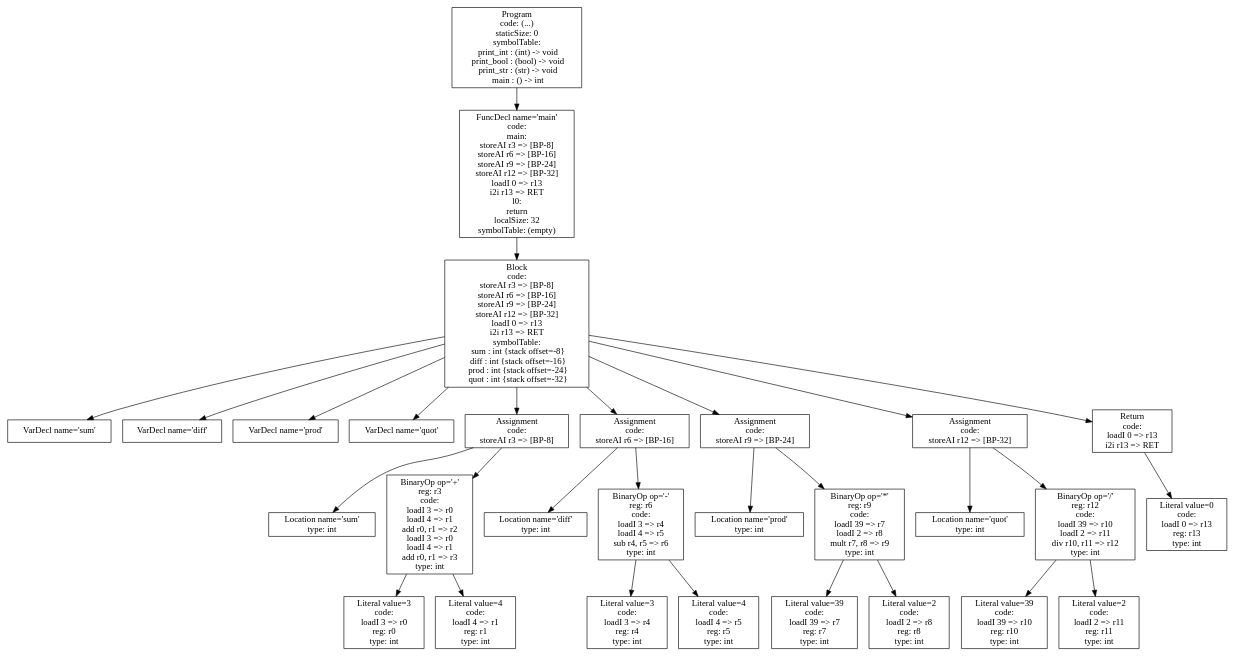
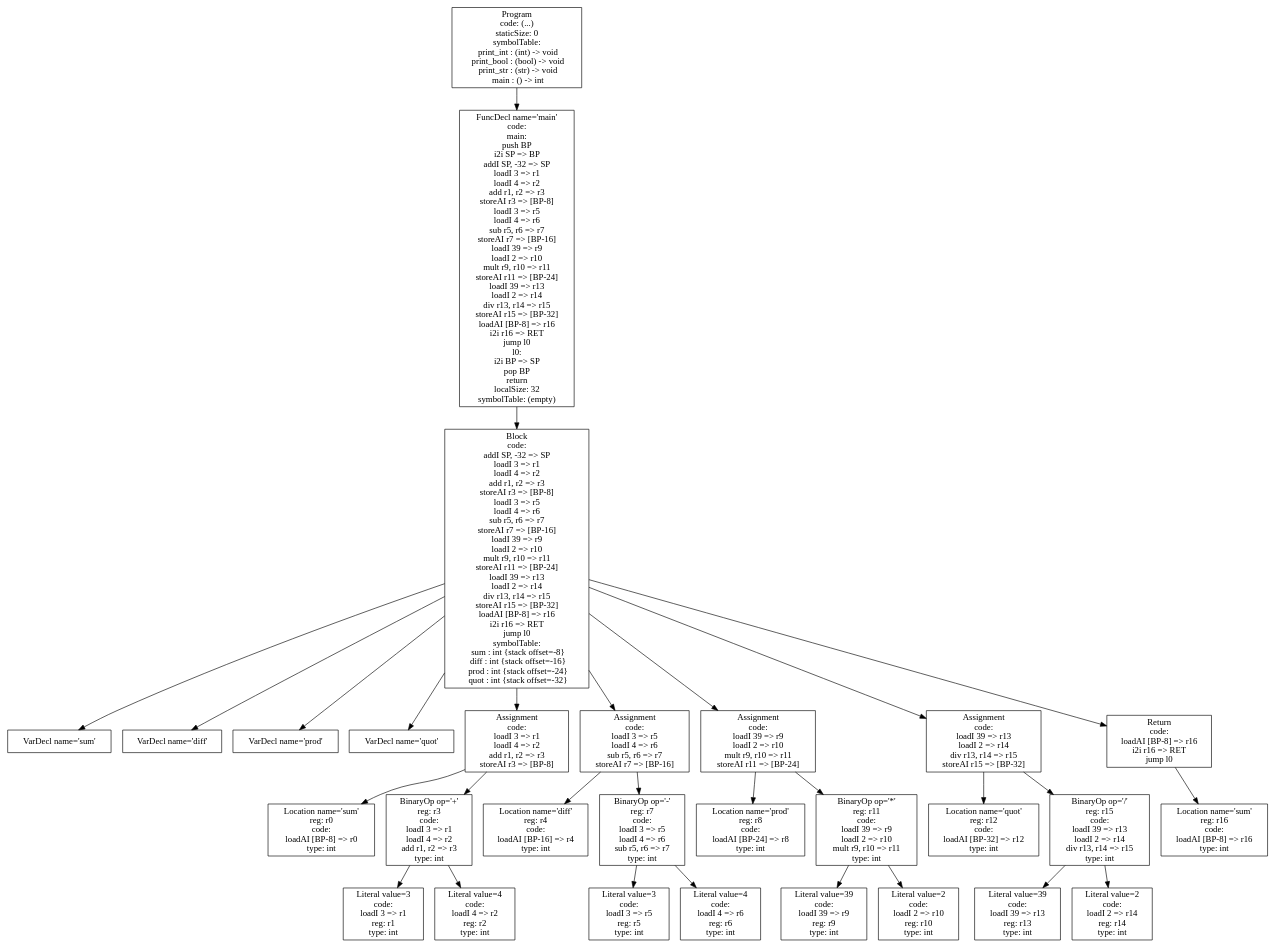
Before and after one commit to tran3jm/f22_compilers: the diagram in p4-codegen/ast.dot, drawn with Graphviz. The commit also changed 29 other files, not shown here.

```diff
--- a/p4-codegen/ast.dot
+++ b/p4-codegen/ast.dot
@@ -1,59 +1,59 @@
 digraph AST {
 3 [shape=box, label="VarDecl name='sum'"];
 4 [shape=box, label="VarDecl name='diff'"];
 5 [shape=box, label="VarDecl name='prod'"];
 6 [shape=box, label="VarDecl name='quot'"];
-8 [shape=box, label="Location name='sum'\ntype: int"];
-10 [shape=box, label="Literal value=3\ncode: \nloadI 3 => r0\nreg: r0\ntype: int"];
-11 [shape=box, label="Literal value=4\ncode: \nloadI 4 => r1\nreg: r1\ntype: int"];
-9 [shape=box, label="BinaryOp op='+'\nreg: r3\ncode: \nloadI 3 => r0\nloadI 4 => r1\nadd r0, r1 => r2\nloadI 3 => r0\nloadI 4 => r1\nadd r0, r1 => r3\ntype: int"];
+8 [shape=box, label="Location name='sum'\nreg: r0\ncode: \nloadAI [BP-8] => r0\ntype: int"];
+10 [shape=box, label="Literal value=3\ncode: \nloadI 3 => r1\nreg: r1\ntype: int"];
+11 [shape=box, label="Literal value=4\ncode: \nloadI 4 => r2\nreg: r2\ntype: int"];
+9 [shape=box, label="BinaryOp op='+'\nreg: r3\ncode: \nloadI 3 => r1\nloadI 4 => r2\nadd r1, r2 => r3\ntype: int"];
 9 -> 10;
 9 -> 11;
-7 [shape=box, label="Assignment\ncode: \nstoreAI r3 => [BP-8]"];
+7 [shape=box, label="Assignment\ncode: \nloadI 3 => r1\nloadI 4 => r2\nadd r1, r2 => r3\nstoreAI r3 => [BP-8]"];
 7 -> 8;
 7 -> 9;
-13 [shape=box, label="Location name='diff'\ntype: int"];
-15 [shape=box, label="Literal value=3\ncode: \nloadI 3 => r4\nreg: r4\ntype: int"];
-16 [shape=box, label="Literal value=4\ncode: \nloadI 4 => r5\nreg: r5\ntype: int"];
-14 [shape=box, label="BinaryOp op='-'\nreg: r6\ncode: \nloadI 3 => r4\nloadI 4 => r5\nsub r4, r5 => r6\ntype: int"];
+13 [shape=box, label="Location name='diff'\nreg: r4\ncode: \nloadAI [BP-16] => r4\ntype: int"];
+15 [shape=box, label="Literal value=3\ncode: \nloadI 3 => r5\nreg: r5\ntype: int"];
+16 [shape=box, label="Literal value=4\ncode: \nloadI 4 => r6\nreg: r6\ntype: int"];
+14 [shape=box, label="BinaryOp op='-'\nreg: r7\ncode: \nloadI 3 => r5\nloadI 4 => r6\nsub r5, r6 => r7\ntype: int"];
 14 -> 15;
 14 -> 16;
-12 [shape=box, label="Assignment\ncode: \nstoreAI r6 => [BP-16]"];
+12 [shape=box, label="Assignment\ncode: \nloadI 3 => r5\nloadI 4 => r6\nsub r5, r6 => r7\nstoreAI r7 => [BP-16]"];
 12 -> 13;
 12 -> 14;
-18 [shape=box, label="Location name='prod'\ntype: int"];
-20 [shape=box, label="Literal value=39\ncode: \nloadI 39 => r7\nreg: r7\ntype: int"];
-21 [shape=box, label="Literal value=2\ncode: \nloadI 2 => r8\nreg: r8\ntype: int"];
-19 [shape=box, label="BinaryOp op='*'\nreg: r9\ncode: \nloadI 39 => r7\nloadI 2 => r8\nmult r7, r8 => r9\ntype: int"];
+18 [shape=box, label="Location name='prod'\nreg: r8\ncode: \nloadAI [BP-24] => r8\ntype: int"];
+20 [shape=box, label="Literal value=39\ncode: \nloadI 39 => r9\nreg: r9\ntype: int"];
+21 [shape=box, label="Literal value=2\ncode: \nloadI 2 => r10\nreg: r10\ntype: int"];
+19 [shape=box, label="BinaryOp op='*'\nreg: r11\ncode: \nloadI 39 => r9\nloadI 2 => r10\nmult r9, r10 => r11\ntype: int"];
 19 -> 20;
 19 -> 21;
-17 [shape=box, label="Assignment\ncode: \nstoreAI r9 => [BP-24]"];
+17 [shape=box, label="Assignment\ncode: \nloadI 39 => r9\nloadI 2 => r10\nmult r9, r10 => r11\nstoreAI r11 => [BP-24]"];
 17 -> 18;
 17 -> 19;
-23 [shape=box, label="Location name='quot'\ntype: int"];
-25 [shape=box, label="Literal value=39\ncode: \nloadI 39 => r10\nreg: r10\ntype: int"];
-26 [shape=box, label="Literal value=2\ncode: \nloadI 2 => r11\nreg: r11\ntype: int"];
-24 [shape=box, label="BinaryOp op='/'\nreg: r12\ncode: \nloadI 39 => r10\nloadI 2 => r11\ndiv r10, r11 => r12\ntype: int"];
+23 [shape=box, label="Location name='quot'\nreg: r12\ncode: \nloadAI [BP-32] => r12\ntype: int"];
+25 [shape=box, label="Literal value=39\ncode: \nloadI 39 => r13\nreg: r13\ntype: int"];
+26 [shape=box, label="Literal value=2\ncode: \nloadI 2 => r14\nreg: r14\ntype: int"];
+24 [shape=box, label="BinaryOp op='/'\nreg: r15\ncode: \nloadI 39 => r13\nloadI 2 => r14\ndiv r13, r14 => r15\ntype: int"];
 24 -> 25;
 24 -> 26;
-22 [shape=box, label="Assignment\ncode: \nstoreAI r12 => [BP-32]"];
+22 [shape=box, label="Assignment\ncode: \nloadI 39 => r13\nloadI 2 => r14\ndiv r13, r14 => r15\nstoreAI r15 => [BP-32]"];
 22 -> 23;
 22 -> 24;
-28 [shape=box, label="Literal value=0\ncode: \nloadI 0 => r13\nreg: r13\ntype: int"];
-27 [shape=box, label="Return\ncode: \nloadI 0 => r13\ni2i r13 => RET"];
+28 [shape=box, label="Location name='sum'\nreg: r16\ncode: \nloadAI [BP-8] => r16\ntype: int"];
+27 [shape=box, label="Return\ncode: \nloadAI [BP-8] => r16\ni2i r16 => RET\njump l0"];
 27 -> 28;
-2 [shape=box, label="Block\ncode: \nstoreAI r3 => [BP-8]\nstoreAI r6 => [BP-16]\nstoreAI r9 => [BP-24]\nstoreAI r12 => [BP-32]\nloadI 0 => r13\ni2i r13 => RET\nsymbolTable: \n  sum : int {stack offset=-8}\n  diff : int {stack offset=-16}\n  prod : int {stack offset=-24}\n  quot : int {stack offset=-32}"];
+2 [shape=box, label="Block\ncode: \naddI SP, -32 => SP\nloadI 3 => r1\nloadI 4 => r2\nadd r1, r2 => r3\nstoreAI r3 => [BP-8]\nloadI 3 => r5\nloadI 4 => r6\nsub r5, r6 => r7\nstoreAI r7 => [BP-16]\nloadI 39 => r9\nloadI 2 => r10\nmult r9, r10 => r11\nstoreAI r11 => [BP-24]\nloadI 39 => r13\nloadI 2 => r14\ndiv r13, r14 => r15\nstoreAI r15 => [BP-32]\nloadAI [BP-8] => r16\ni2i r16 => RET\njump l0\nsymbolTable: \n  sum : int {stack offset=-8}\n  diff : int {stack offset=-16}\n  prod : int {stack offset=-24}\n  quot : int {stack offset=-32}"];
 2 -> 3;
 2 -> 4;
 2 -> 5;
 2 -> 6;
 2 -> 7;
 2 -> 12;
 2 -> 17;
 2 -> 22;
 2 -> 27;
-1 [shape=box, label="FuncDecl name='main'\ncode: \nmain:\nstoreAI r3 => [BP-8]\nstoreAI r6 => [BP-16]\nstoreAI r9 => [BP-24]\nstoreAI r12 => [BP-32]\nloadI 0 => r13\ni2i r13 => RET\nl0:\nreturn\nlocalSize: 32\nsymbolTable: (empty)"];
+1 [shape=box, label="FuncDecl name='main'\ncode: \nmain:\npush BP\ni2i SP => BP\naddI SP, -32 => SP\nloadI 3 => r1\nloadI 4 => r2\nadd r1, r2 => r3\nstoreAI r3 => [BP-8]\nloadI 3 => r5\nloadI 4 => r6\nsub r5, r6 => r7\nstoreAI r7 => [BP-16]\nloadI 39 => r9\nloadI 2 => r10\nmult r9, r10 => r11\nstoreAI r11 => [BP-24]\nloadI 39 => r13\nloadI 2 => r14\ndiv r13, r14 => r15\nstoreAI r15 => [BP-32]\nloadAI [BP-8] => r16\ni2i r16 => RET\njump l0\nl0:\ni2i BP => SP\npop BP\nreturn\nlocalSize: 32\nsymbolTable: (empty)"];
 1 -> 2;
 0 [shape=box, label="Program\ncode: (...)\nstaticSize: 0\nsymbolTable: \n  print_int : (int) -> void\n  print_bool : (bool) -> void\n  print_str : (str) -> void\n  main : () -> int"];
 0 -> 1;
 }
```
